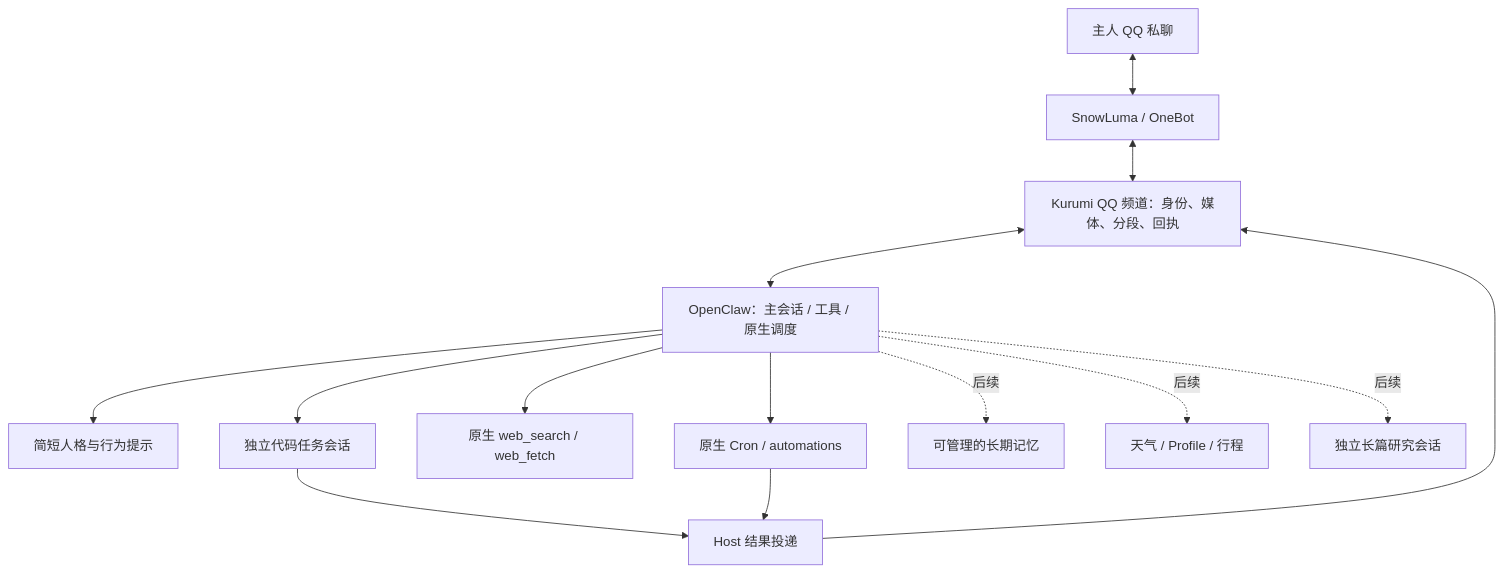
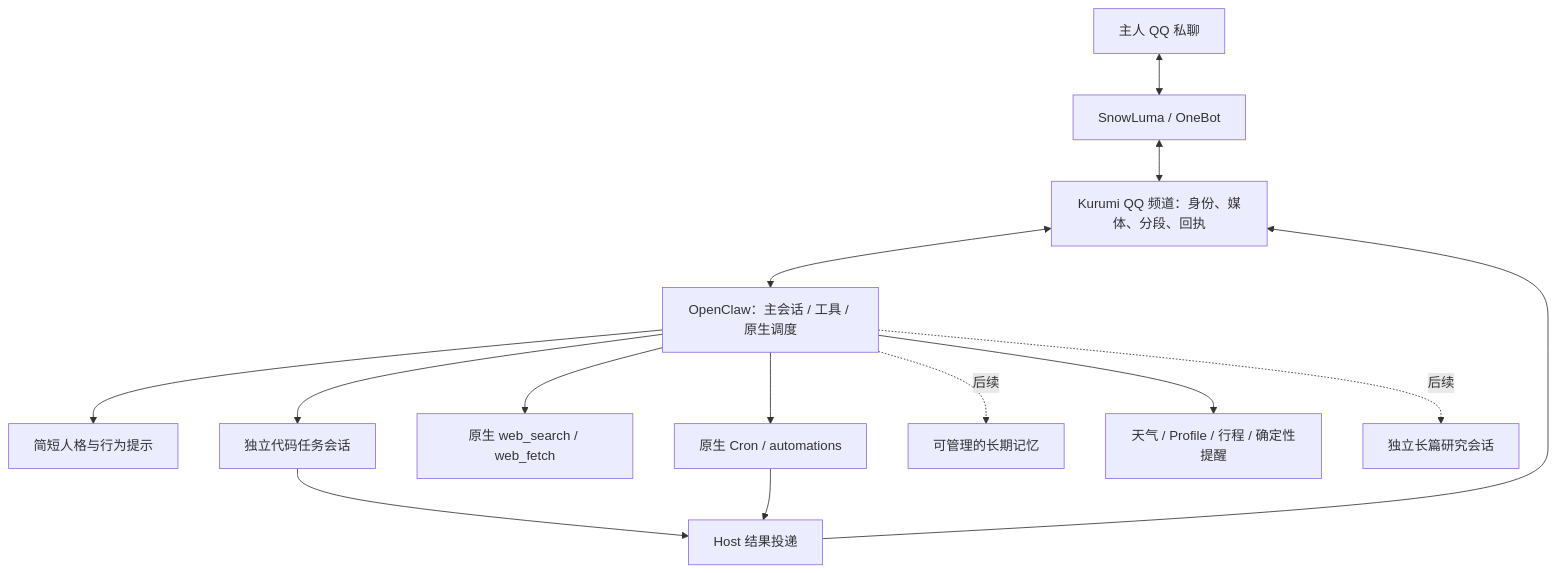
The diagram in docs/9_QQ融合助手架构与开发计划.md (zsh-afrangry/MyBot), drawn with Mermaid before and after one commit. The commit also changed other lines of this file and 47 other files, not shown here.

````diff
--- a/docs/9_QQ融合助手架构与开发计划.md
+++ b/docs/9_QQ融合助手架构与开发计划.md
@@ -30,16 +35,16 @@
 ```mermaid
 flowchart TD
   Q[主人 QQ 私聊] <--> S[SnowLuma / OneBot]
   S <--> C[Kurumi QQ 频道：身份、媒体、分段、回执]
   C <--> O[OpenClaw：主会话 / 工具 / 原生调度]
   O --> P[简短人格与行为提示]
   O --> W[独立代码任务会话]
   O --> R[原生 web_search / web_fetch]
   O --> T[原生 Cron / automations]
   W --> D[Host 结果投递]
   T --> D
   D --> C
   O -. 后续 .-> M[可管理的长期记忆]
-  O -. 后续 .-> B[天气 / Profile / 行程]
+  O --> B[天气 / Profile / 行程 / 确定性提醒]
   O -. 后续 .-> L[独立长篇研究会话]
 ```
````
